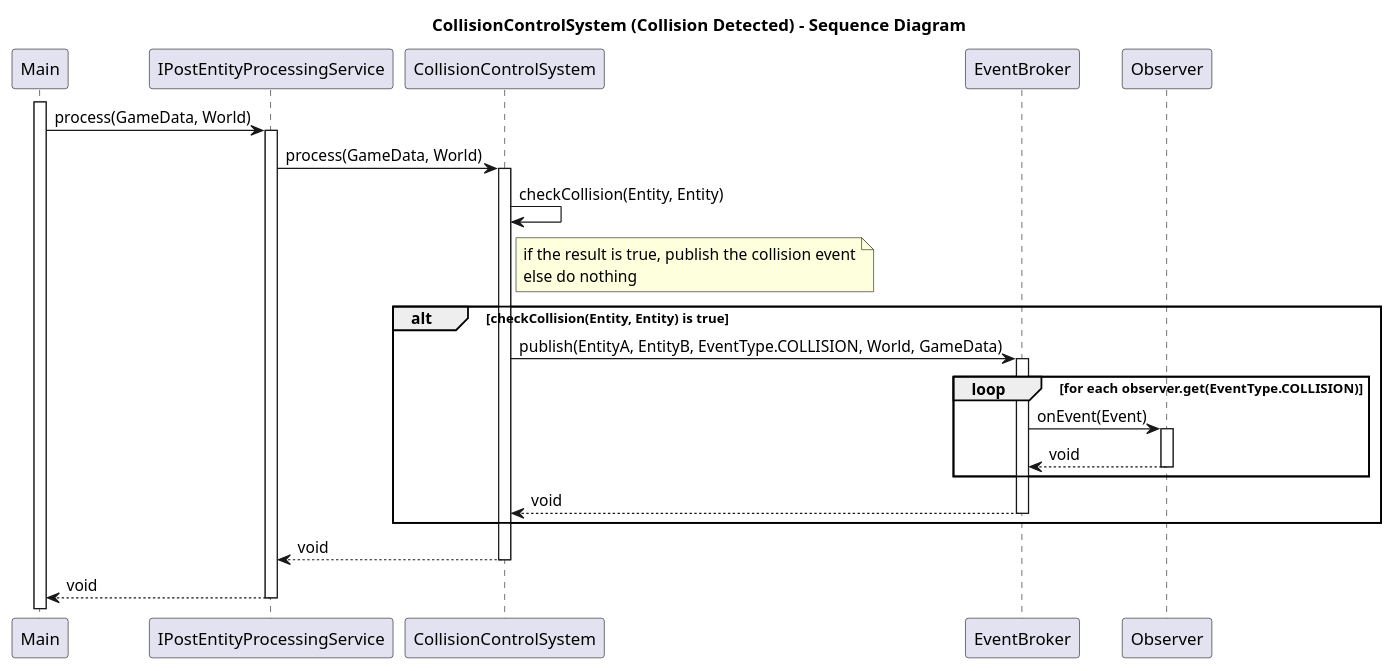
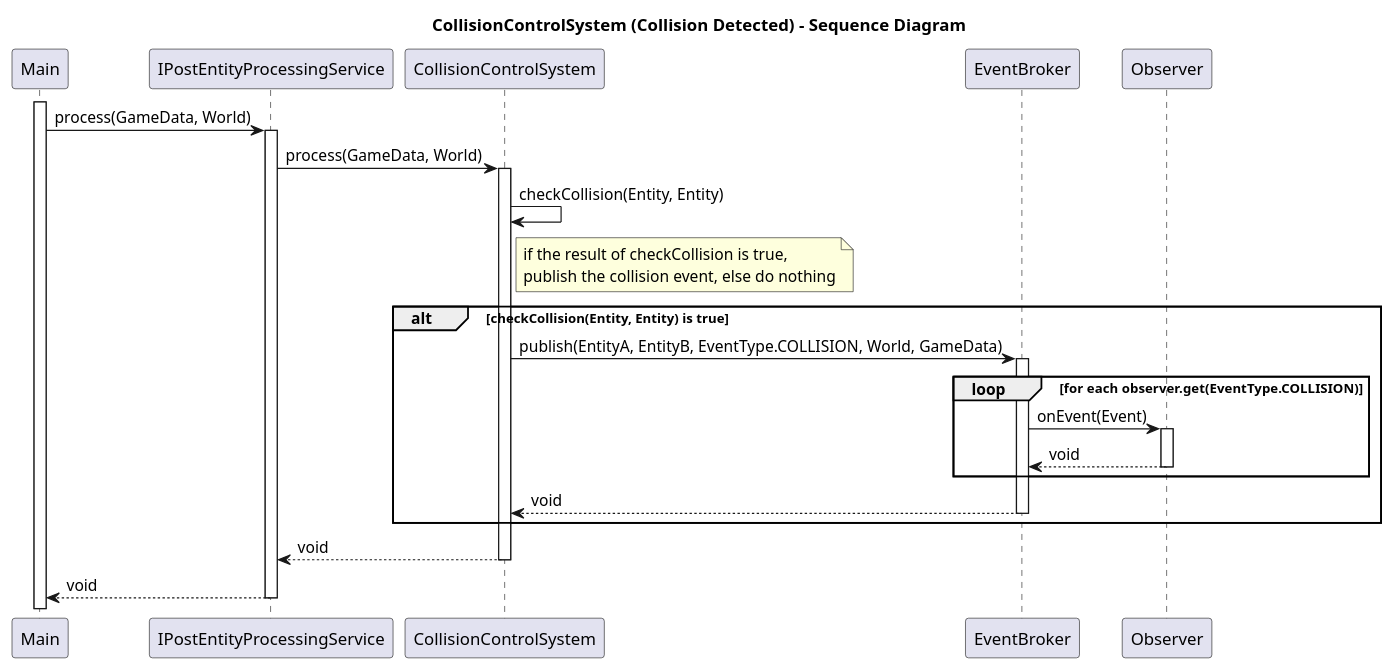
One commit to jlars22/AsteroidsFX changed the diagram in diagrams/sequence collision.puml. Above: the diagram before and after it, drawn with PlantUML. The commit also changed 4 other files, not shown here.

Commit message:
class diagram needs reordering

```diff
--- a/diagrams/sequence collision.puml
+++ b/diagrams/sequence collision.puml
@@ -1,32 +1,32 @@
 @startuml
 title CollisionControlSystem (Collision Detected) - Sequence Diagram
 participant Main
 participant IPostEntityProcessingService
 participant CollisionControlSystem
 participant EventBroker
 participant Observer
 
 activate Main
 Main -> IPostEntityProcessingService: process(GameData, World)
 activate IPostEntityProcessingService
 IPostEntityProcessingService -> CollisionControlSystem: process(GameData, World)
 activate CollisionControlSystem
 CollisionControlSystem -> CollisionControlSystem: checkCollision(Entity, Entity)
-    note right of CollisionControlSystem: if the result is true, publish the collision event\nelse do nothing
+    note right of CollisionControlSystem: if the result of checkCollision is true,\npublish the collision event, else do nothing
 alt checkCollision(Entity, Entity) is true
     CollisionControlSystem -> EventBroker: publish(EntityA, EntityB, EventType.COLLISION, World, GameData)
     activate EventBroker
     loop for each observer.get(EventType.COLLISION)
         EventBroker -> Observer: onEvent(Event)
         activate Observer
         Observer --> EventBroker: void
         deactivate Observer
     end
     EventBroker --> CollisionControlSystem: void
     deactivate EventBroker
 end
 CollisionControlSystem --> IPostEntityProcessingService: void
 deactivate CollisionControlSystem
 IPostEntityProcessingService --> Main: void
 deactivate IPostEntityProcessingService
 @enduml
```
